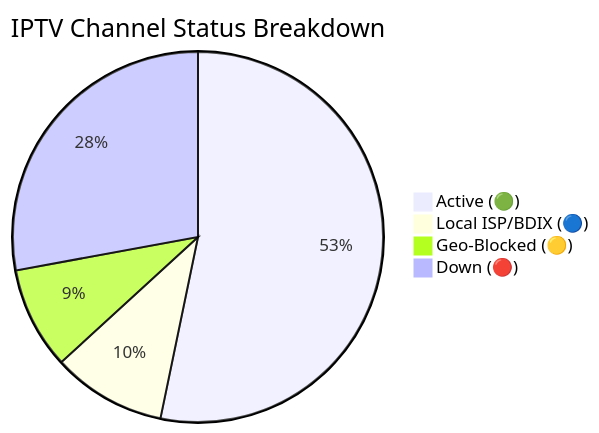
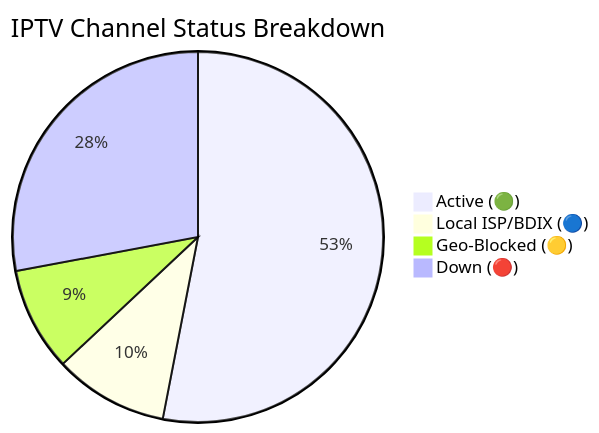
The diagram in README.md (f6388600-ai/Web), drawn with Mermaid before and after one commit. The commit also changed other lines of this file and 6 other files, not shown here.

````diff
--- a/README.md
+++ b/README.md
@@ -149,7 +149,7 @@
 ```mermaid
 pie title IPTV Channel Status Breakdown
-    "Active (🟢)" : 9183
-    "Local ISP/BDIX (🔵)" : 1716
-    "Geo-Blocked (🟡)" : 1536
-    "Down (🔴)" : 4810
+    "Active (🟢)" : 9152
+    "Local ISP/BDIX (🔵)" : 1717
+    "Geo-Blocked (🟡)" : 1562
+    "Down (🔴)" : 4821
 ```
````
